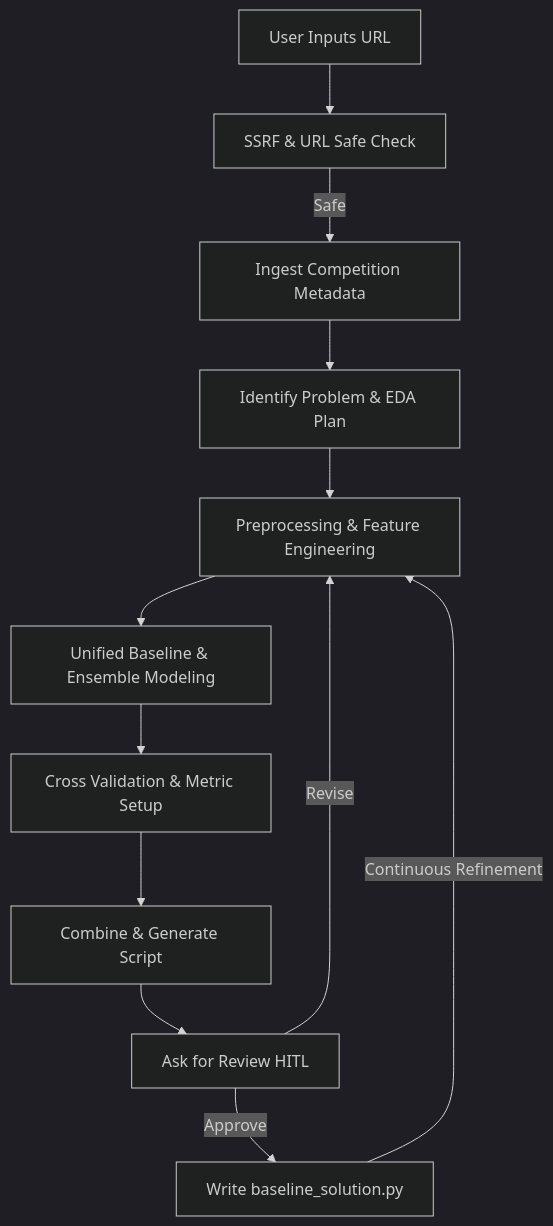
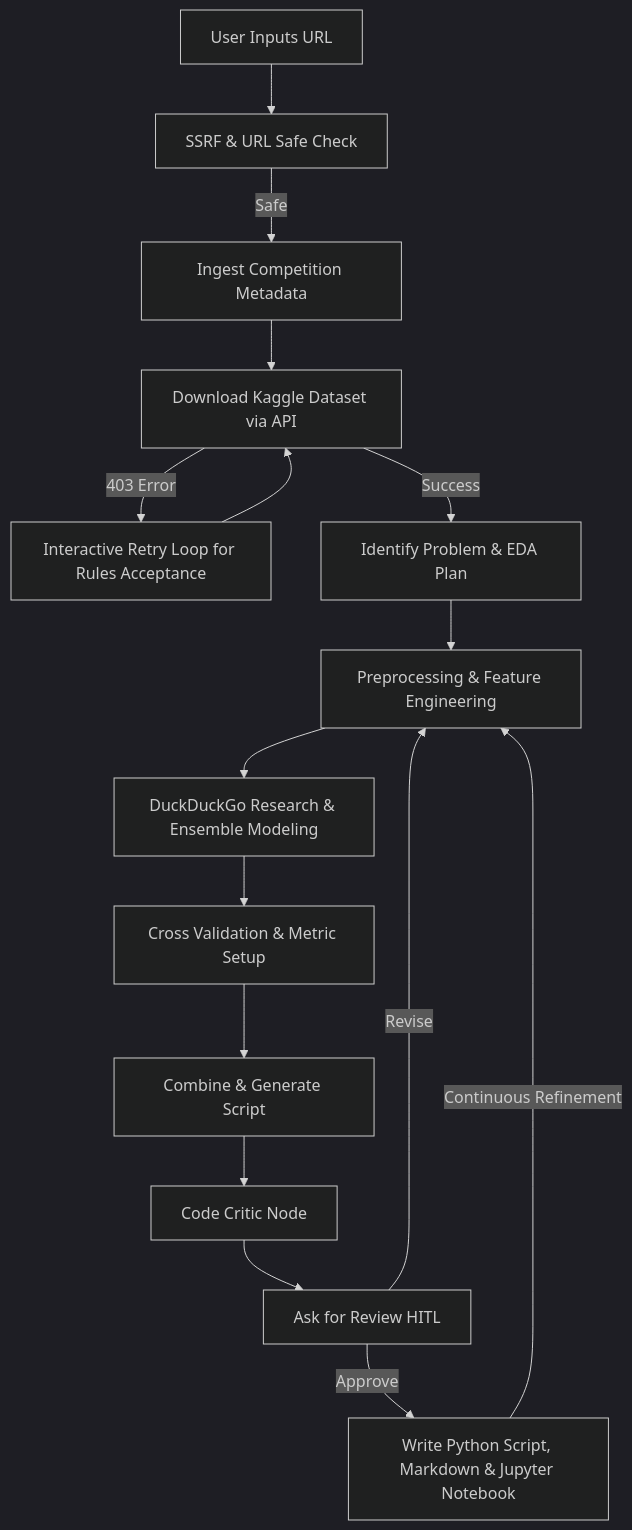
One commit to devsu88/vibecoding-agents-capstone-project changed the diagram in kaggle-copilot/README.md. Above: the diagram before and after it, drawn with Mermaid (dark theme). The commit also changed other lines of this file and 6 other files, not shown here.

Commit message:
docs: add comprehensive docstrings and type annotations to core schema, tools, and utility modules

````diff
--- a/kaggle-copilot/README.md
+++ b/kaggle-copilot/README.md
@@ -13,14 +13,18 @@
 ```mermaid
 graph TD
     A[User Inputs URL] --> B[SSRF & URL Safe Check]
     B -->|Safe| C[Ingest Competition Metadata]
-    C --> D[Identify Problem & EDA Plan]
-    D --> E[Preprocessing & Feature Engineering]
-    E --> F[Unified Baseline & Ensemble Modeling]
-    F --> G[Cross Validation & Metric Setup]
-    G --> H[Combine & Generate Script]
-    H --> K[Ask for Review HITL]
-    K -->|Revise| E
-    K -->|Approve| L[Write baseline_solution.py]
-    L -->|Continuous Refinement| E
+    C --> D[Download Kaggle Dataset via API]
+    D -->|403 Error| D_Error[Interactive Retry Loop for Rules Acceptance]
+    D_Error --> D
+    D -->|Success| E[Identify Problem & EDA Plan]
+    E --> F[Preprocessing & Feature Engineering]
+    F --> G[DuckDuckGo Research & Ensemble Modeling]
+    G --> H[Cross Validation & Metric Setup]
+    H --> I[Combine & Generate Script]
+    I --> J[Code Critic Node]
+    J --> K[Ask for Review HITL]
+    K -->|Revise| F
+    K -->|Approve| L[Write Python Script, Markdown & Jupyter Notebook]
+    L -->|Continuous Refinement| F
 ```
````
